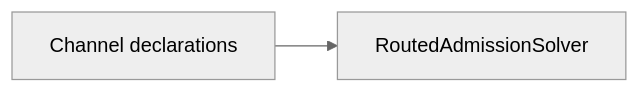
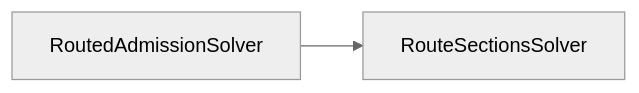
Before and after one commit to ShiboSoftwareDev/signal-integrity-pipeline: the first of 2 diagrams in docs/ARCHITECTURE.md, drawn with Mermaid (neutral theme). The commit also changed other lines of this file and 8 other files, not shown here.

First line of the commit message:
feat: add RouteSectionsSolver

````diff
--- a/docs/ARCHITECTURE.md
+++ b/docs/ARCHITECTURE.md
@@ -7,4 +8,4 @@
 ```mermaid
 flowchart LR
-  input["Channel declarations"] --> result["RoutedAdmissionSolver"]
+  input["RoutedAdmissionSolver"] --> result["RouteSectionsSolver"]
 ```
````
